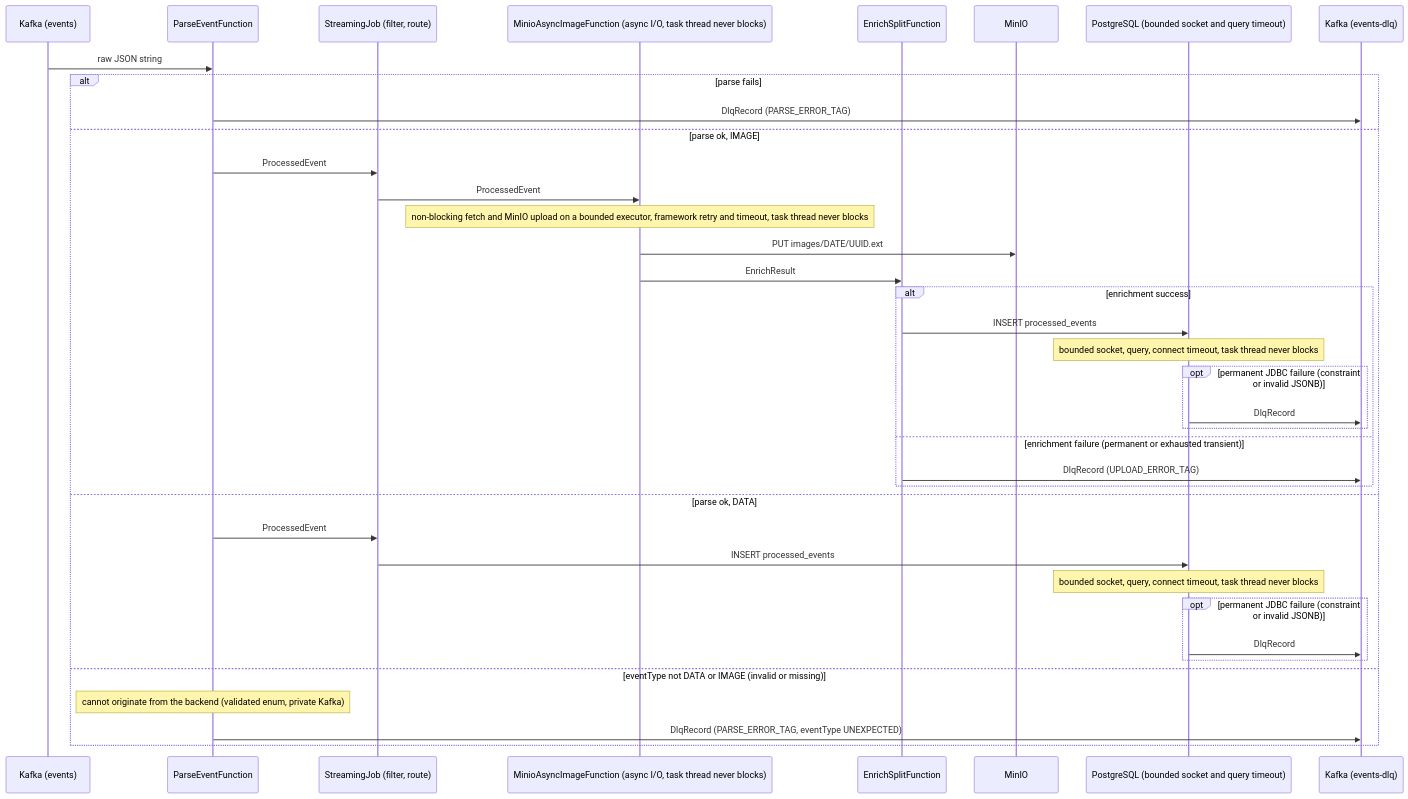
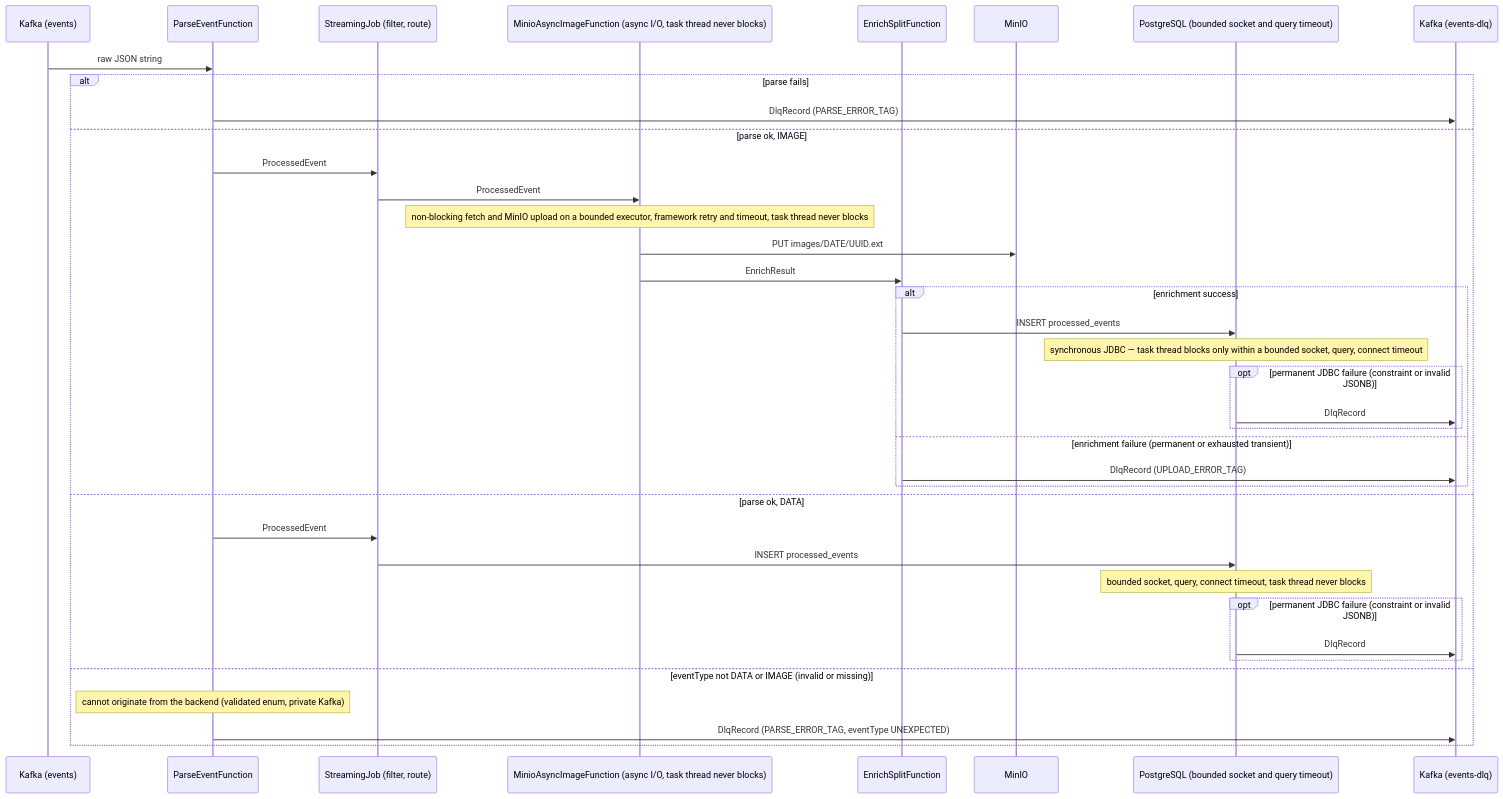
One commit to erancha/springboot-kafka-flink-postgres-minio-pipeline changed the diagram in docs/eventtype/PIPELINE_FLOW.md. Above: the diagram before and after it, drawn with Mermaid. The commit also changed other lines of this file, not shown here.

First line of the commit message:
Clarify async-offloaded MinIO I/O versus bounded-blocking JDBC in pipeline flow doc

````diff
--- a/docs/eventtype/PIPELINE_FLOW.md
+++ b/docs/eventtype/PIPELINE_FLOW.md
@@ -104,41 +107,41 @@
 ```mermaid
 sequenceDiagram
     participant K as Kafka (events)
     participant PEF as ParseEventFunction
     participant SJ as StreamingJob (filter, route)
     participant ASYNC as MinioAsyncImageFunction (async I/O, task thread never blocks)
     participant SPLIT as EnrichSplitFunction
     participant MINIO as MinIO
     participant PG as PostgreSQL (bounded socket and query timeout)
     participant KDLQ as Kafka (events-dlq)
 
     K->>PEF: raw JSON string
     alt parse fails
         PEF->>KDLQ: DlqRecord (PARSE_ERROR_TAG)
     else parse ok, IMAGE
         PEF->>SJ: ProcessedEvent
         SJ->>ASYNC: ProcessedEvent
         Note over ASYNC: non-blocking fetch and MinIO upload on a bounded executor, framework retry and timeout, task thread never blocks
         ASYNC->>MINIO: PUT images/DATE/UUID.ext
         ASYNC->>SPLIT: EnrichResult
         alt enrichment success
             SPLIT->>PG: INSERT processed_events
-            Note over PG: bounded socket, query, connect timeout, task thread never blocks
+            Note over PG: synchronous JDBC — task thread blocks only within a bounded socket, query, connect timeout
             opt permanent JDBC failure (constraint or invalid JSONB)
                 PG->>KDLQ: DlqRecord
             end
         else enrichment failure (permanent or exhausted transient)
             SPLIT->>KDLQ: DlqRecord (UPLOAD_ERROR_TAG)
         end
     else parse ok, DATA
         PEF->>SJ: ProcessedEvent
         SJ->>PG: INSERT processed_events
         Note over PG: bounded socket, query, connect timeout, task thread never blocks
         opt permanent JDBC failure (constraint or invalid JSONB)
             PG->>KDLQ: DlqRecord
         end
     else eventType not DATA or IMAGE (invalid or missing)
         Note over PEF: cannot originate from the backend (validated enum, private Kafka)
         PEF->>KDLQ: DlqRecord (PARSE_ERROR_TAG, eventType UNEXPECTED)
     end
 ```
````
